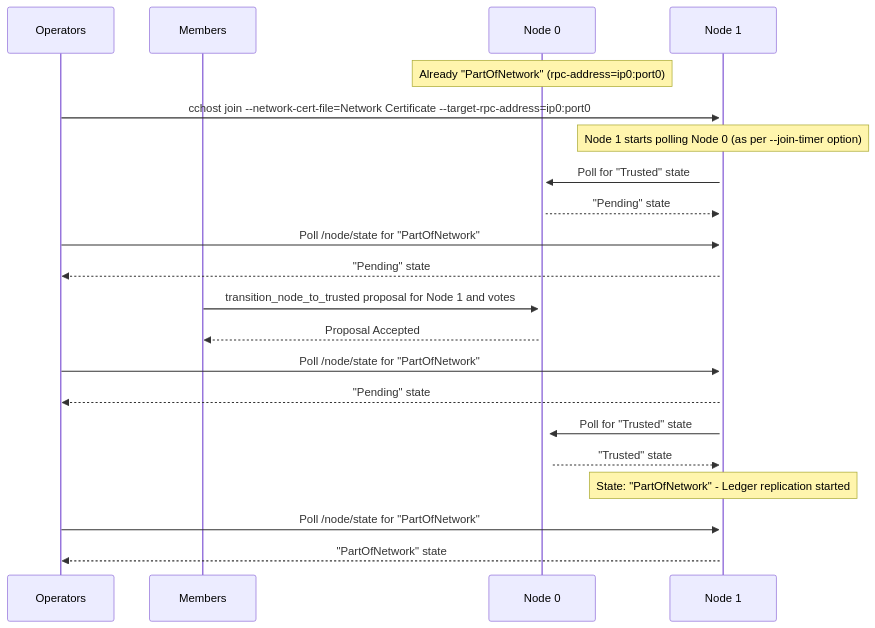
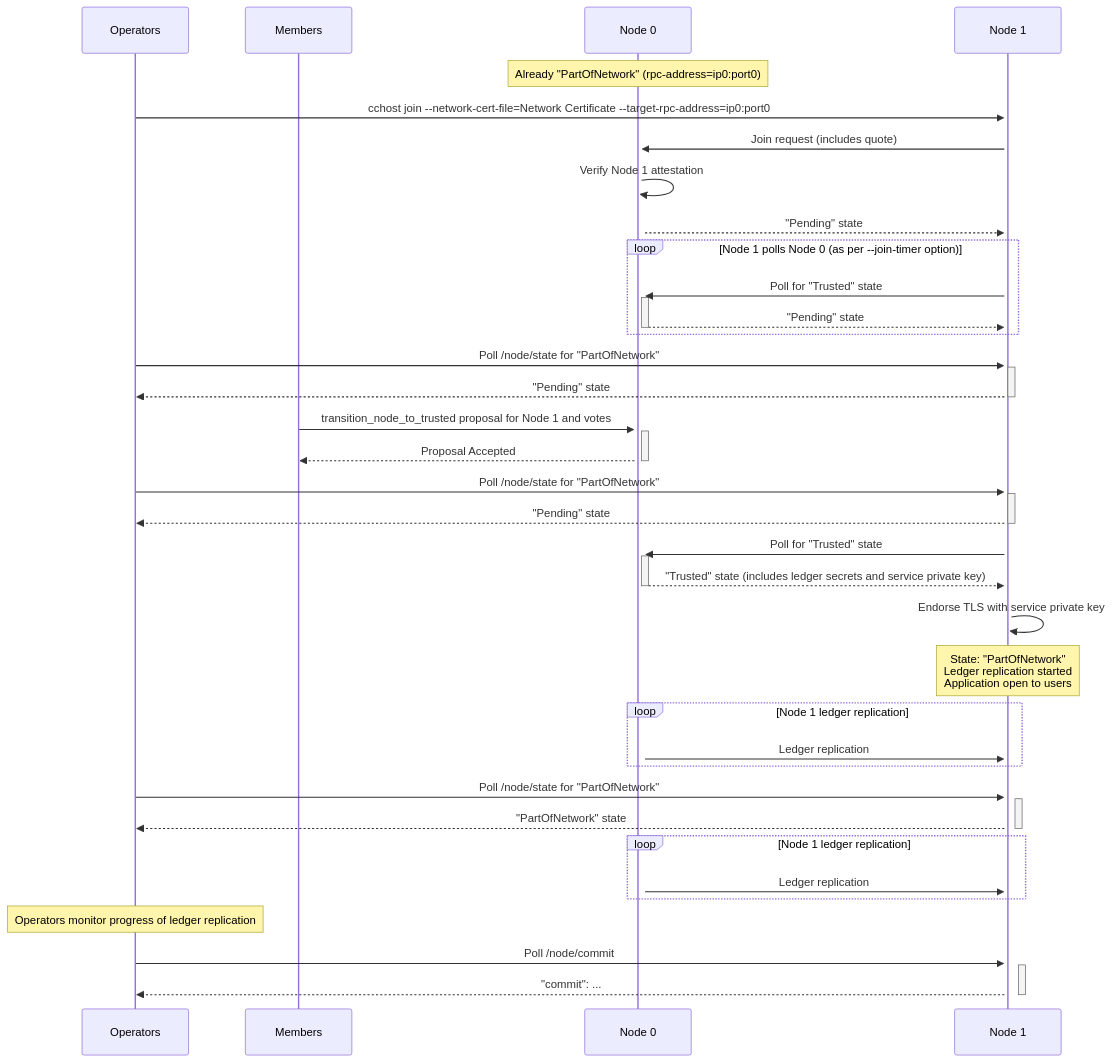
Before and after one commit to microsoft/CCF: the diagram in doc/operations/start_network.rst, drawn with Mermaid.

Commit message:
Update sequence diagram

```diff
--- a/doc/operations/start_network.rst
+++ b/doc/operations/start_network.rst
@@ -86,32 +86,51 @@
 .. mermaid::
 
     sequenceDiagram
         participant Operators
         participant Members
         participant Node 0
         participant Node 1
 
         Note over Node 0: Already "PartOfNetwork" (rpc-address=ip0:port0)
 
         Operators->>+Node 1: cchost join --network-cert-file=Network Certificate --target-rpc-address=ip0:port0
 
-        Note over Node 1: Node 1 starts polling Node 0 (as per --join-timer option)
-        Node 1->>+Node 0: Poll for "Trusted" state
+        Node 1->>+Node 0: Join request (includes quote)
+        Node 0->>+Node 0: Verify Node 1 attestation
         Node 0-->>Node 1: "Pending" state
 
+        loop Node 1 polls Node 0 (as per --join-timer option)
+            Node 1->>+Node 0: Poll for "Trusted" state
+            Node 0-->>-Node 1: "Pending" state
+        end
+
         Operators->>+Node 1: Poll /node/state for "PartOfNetwork"
-        Node 1-->>Operators: "Pending" state
+        Node 1-->>-Operators: "Pending" state
 
         Members->>+Node 0: transition_node_to_trusted proposal for Node 1 and votes
-        Node 0-->>Members: Proposal Accepted
+        Node 0-->>-Members: Proposal Accepted
 
         Operators->>+Node 1: Poll /node/state for "PartOfNetwork"
-        Node 1-->>Operators: "Pending" state
+        Node 1-->>-Operators: "Pending" state
 
         Node 1->>+Node 0: Poll for "Trusted" state
-        Node 0-->>Node 1: "Trusted" state
+        Node 0-->>-Node 1: "Trusted" state (includes ledger secrets and service private key)
 
-        Note over Node 1: State: "PartOfNetwork" - Ledger replication started
+        Node 1->>+Node 1: Endorse TLS with service private key
+
+        Note over Node 1: State: "PartOfNetwork" <br/> Ledger replication started <br/> Application open to users
+
+        loop Node 1 ledger replication
+            Node 0->>+Node 1: Ledger replication
+        end
 
         Operators->>+Node 1: Poll /node/state for "PartOfNetwork"
-        Node 1-->>Operators: "PartOfNetwork" state
+        Node 1-->>-Operators: "PartOfNetwork" state
+
+        loop Node 1 ledger replication
+            Node 0->>+Node 1: Ledger replication
+        end
+
+        Note over Operators: Operators monitor progress of ledger replication
+        Operators->>+Node 1: Poll /node/commit
+        Node 1-->>-Operators: "commit": ...
```
